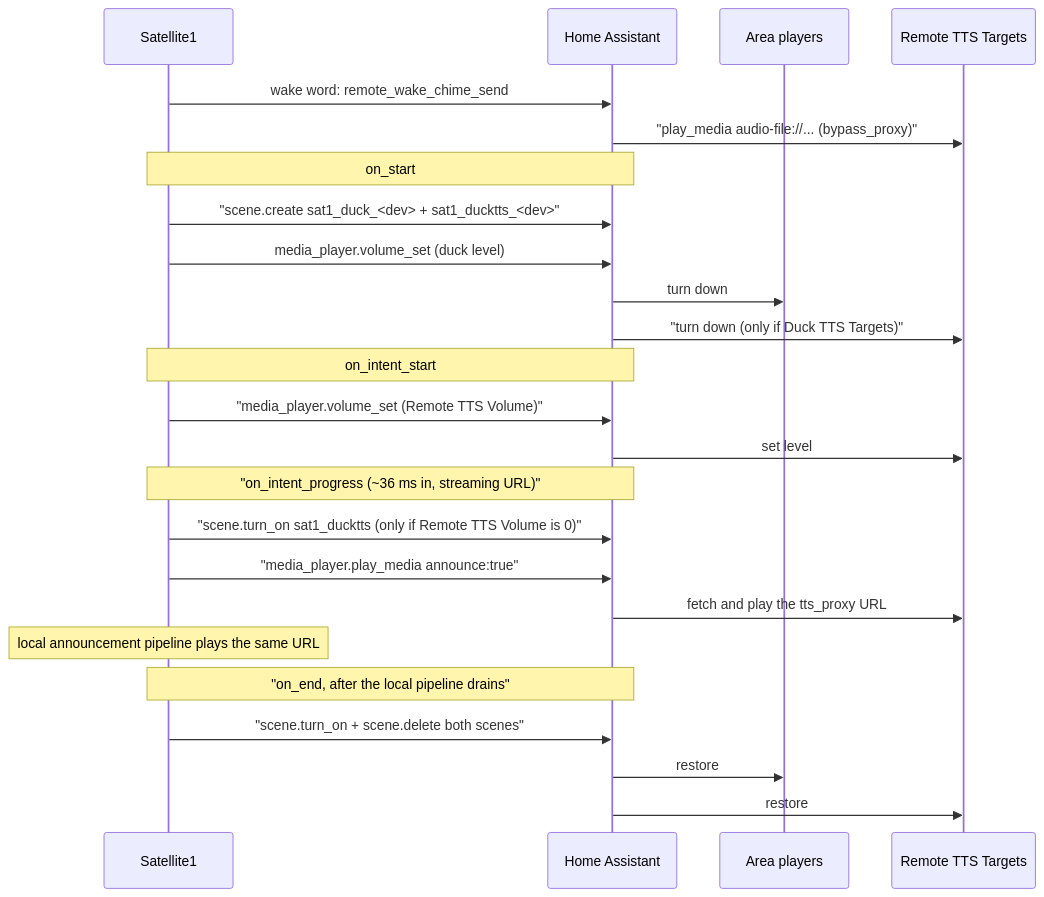
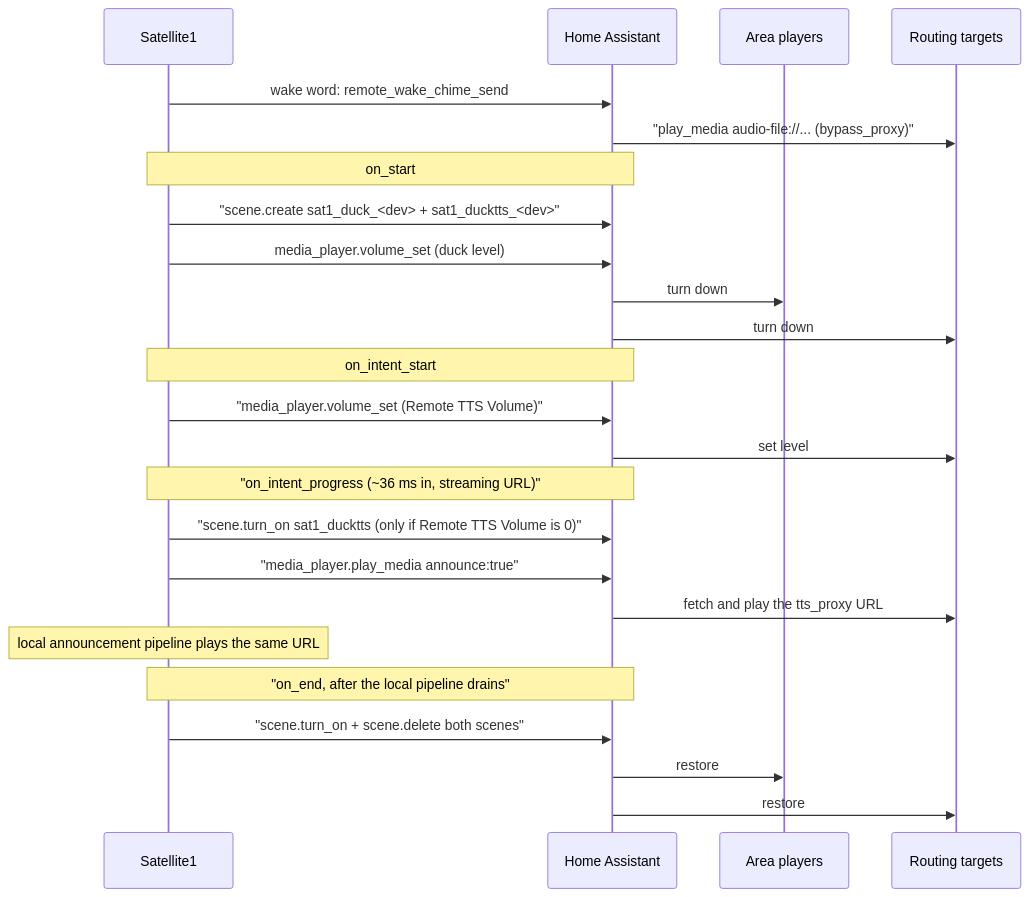
Before and after one commit to FutureProofHomes/Satellite1-ESPHome: the diagram in docs/TTS-Routing.md, drawn with Mermaid. The commit also changed other lines of this file and 20 other files, not shown here.

````diff
--- a/docs/TTS-Routing.md
+++ b/docs/TTS-Routing.md
@@ -162,27 +228,27 @@
 ```mermaid
 sequenceDiagram
     participant Sat as Satellite1
     participant HA as Home Assistant
     participant Room as Area players
-    participant Tgt as Remote TTS Targets
+    participant Tgt as Routing targets
 
     Sat->>HA: wake word: remote_wake_chime_send
     HA->>Tgt: "play_media audio-file://... (bypass_proxy)"
     Note over Sat,HA: on_start
     Sat->>HA: "scene.create sat1_duck_<dev> + sat1_ducktts_<dev>"
     Sat->>HA: media_player.volume_set (duck level)
     HA->>Room: turn down
-    HA->>Tgt: "turn down (only if Duck TTS Targets)"
+    HA->>Tgt: turn down
     Note over Sat,HA: on_intent_start
     Sat->>HA: "media_player.volume_set (Remote TTS Volume)"
     HA->>Tgt: set level
     Note over Sat,HA: "on_intent_progress (~36 ms in, streaming URL)"
     Sat->>HA: "scene.turn_on sat1_ducktts (only if Remote TTS Volume is 0)"
     Sat->>HA: "media_player.play_media announce:true"
     HA->>Tgt: fetch and play the tts_proxy URL
     Note over Sat: local announcement pipeline plays the same URL
     Note over Sat,HA: "on_end, after the local pipeline drains"
     Sat->>HA: "scene.turn_on + scene.delete both scenes"
     HA->>Room: restore
     HA->>Tgt: restore
 ```
````
